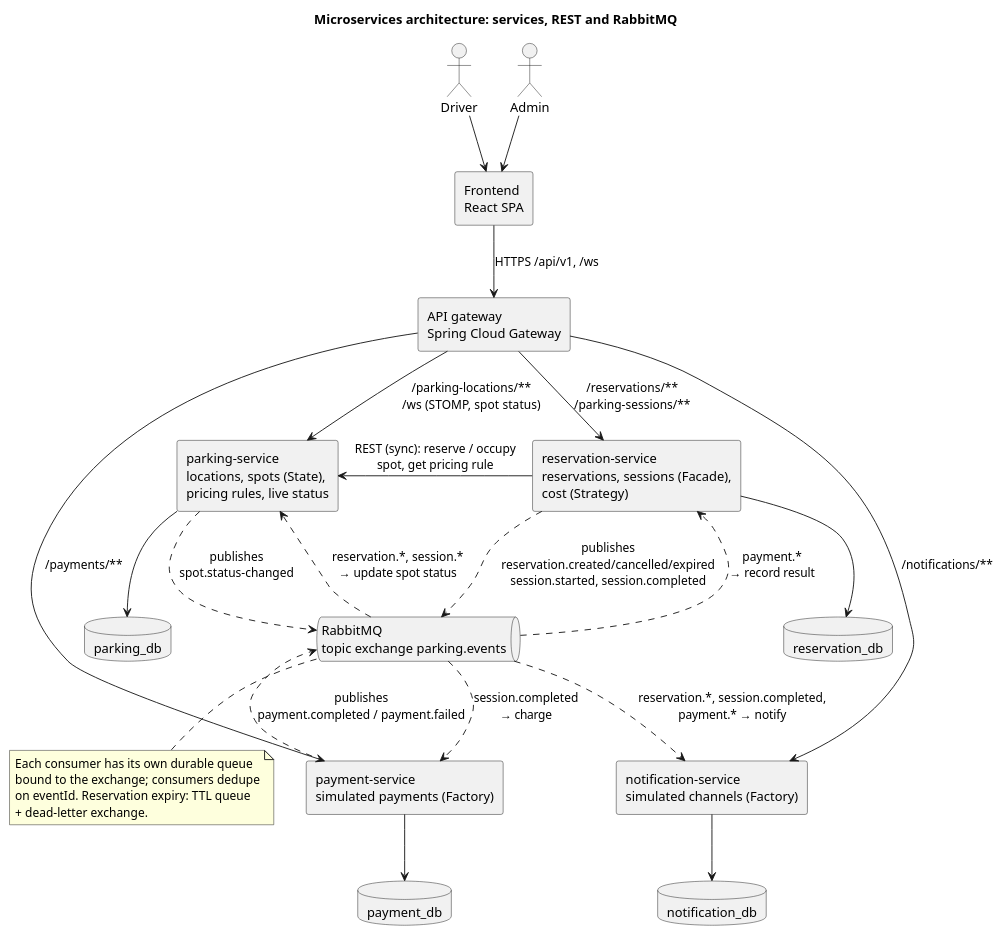
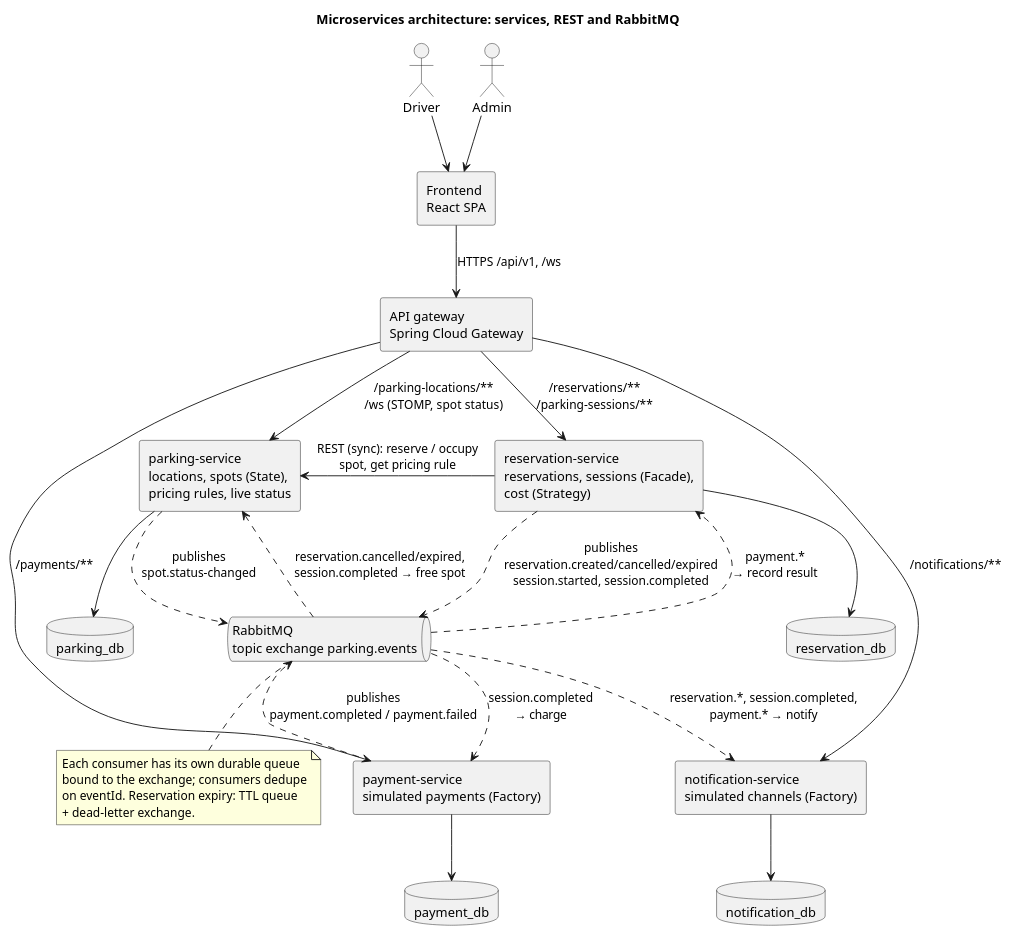
Before and after one commit to genan2003/spot-on: the diagram in diagrams/architecture/microservices-component.puml, drawn with PlantUML. The commit also changed 200 other files, not shown here.

```diff
--- a/diagrams/architecture/microservices-component.puml
+++ b/diagrams/architecture/microservices-component.puml
@@ -1,61 +1,61 @@
 @startuml microservices-component
 title Microservices architecture: services, REST and RabbitMQ
 
 ' Exercise 6. What Stage 2 builds. Synchronous REST where the caller needs an answer now
 ' (locking a spot, reading a pricing rule); RabbitMQ events for side effects.
 ' Routing keys match the messaging table in CLAUDE.md.
 
 skinparam componentStyle rectangle
 skinparam shadowing false
 
 actor Driver
 actor Admin
 component "Frontend\nReact SPA" as FE
 
 component "API gateway\nSpring Cloud Gateway" as GW
 
 component "parking-service\nlocations, spots (State),\npricing rules, live status" as PS
 component "reservation-service\nreservations, sessions (Facade),\ncost (Strategy)" as RS
 component "payment-service\nsimulated payments (Factory)" as PayS
 component "notification-service\nsimulated channels (Factory)" as NS
 
 queue "RabbitMQ\ntopic exchange parking.events" as MQ
 
 database "parking_db" as PDB
 database "reservation_db" as RDB
 database "payment_db" as PayDB
 database "notification_db" as NDB
 
 Driver --> FE
 Admin --> FE
 FE --> GW : HTTPS /api/v1, /ws
 
 GW --> PS : /parking-locations/**\n/ws (STOMP, spot status)
 GW --> RS : /reservations/**\n/parking-sessions/**
 GW --> PayS : /payments/**
 GW --> NS : /notifications/**
 
 RS -left-> PS : REST (sync): reserve / occupy\nspot, get pricing rule
 
 PS --> PDB
 RS --> RDB
 PayS --> PayDB
 NS --> NDB
 
 RS ..> MQ : publishes\nreservation.created/cancelled/expired\nsession.started, session.completed
 PayS ..> MQ : publishes\npayment.completed / payment.failed
 PS ..> MQ : publishes\nspot.status-changed
 
-MQ ..> PS : reservation.*, session.*\n→ update spot status
+MQ ..> PS : reservation.cancelled/expired,\nsession.completed → free spot
 MQ ..> PayS : session.completed\n→ charge
 MQ ..> RS : payment.*\n→ record result
 MQ ..> NS : reservation.*, session.completed,\npayment.* → notify
 
 note bottom of MQ
   Each consumer has its own durable queue
   bound to the exchange; consumers dedupe
   on eventId. Reservation expiry: TTL queue
   + dead-letter exchange.
 end note
 
 @enduml
```
